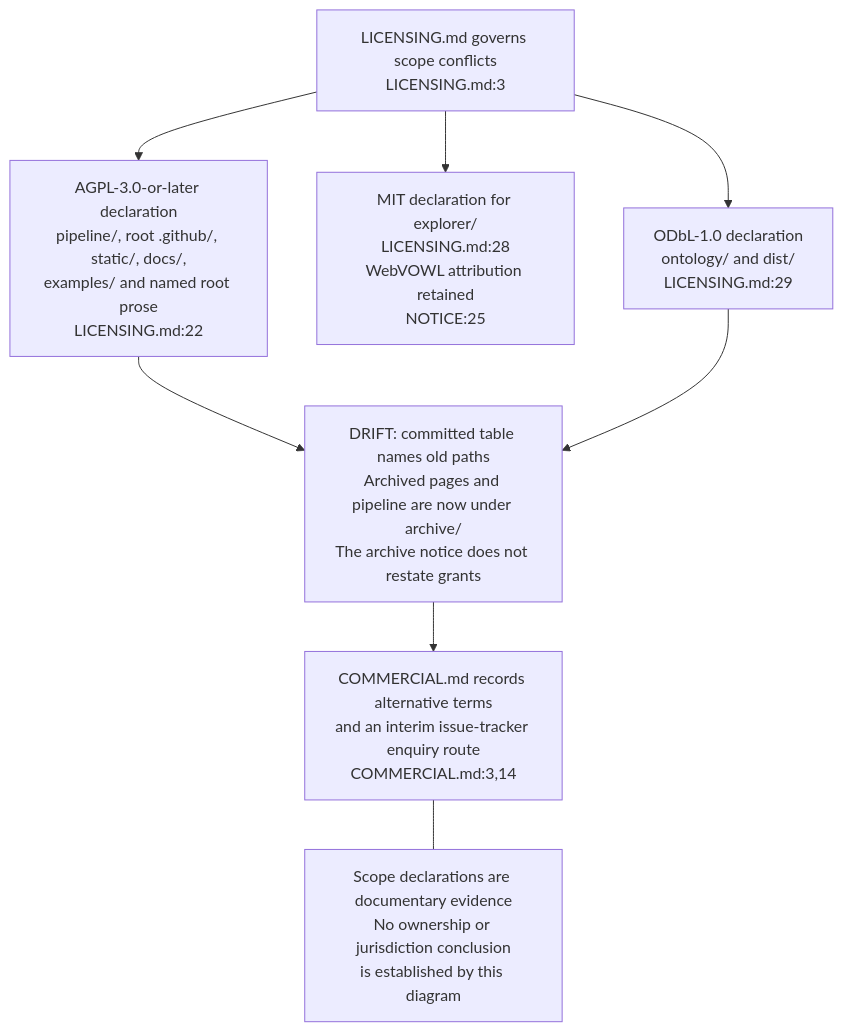
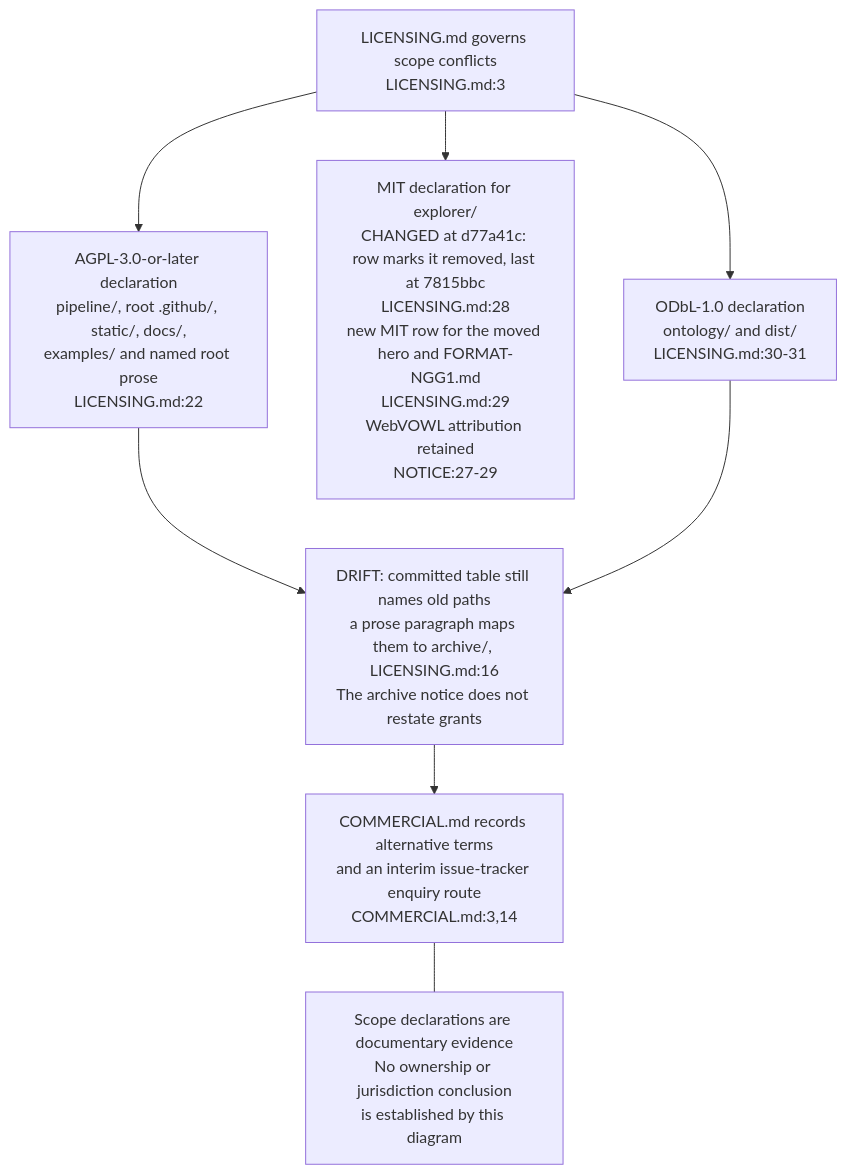
Before and after one commit to DreamLab-AI/VisionFlow: the second of 2 diagrams in docs/diagrams/knowledgegraph/01-repo-composition-and-licensing.md, drawn with Mermaid. The commit also changed other lines of this file and 11 other files, not shown here.

First line of the commit message:
docs(diagrams): visiongraph and knowledgegraph re-verified (explorer on vowl-wasm 0.4.0, knowledgeGraph explorer retired)

````diff
--- a/docs/diagrams/knowledgegraph/01-repo-composition-and-licensing.md
+++ b/docs/diagrams/knowledgegraph/01-repo-composition-and-licensing.md
@@ -54,18 +54,18 @@
 ```mermaid
 flowchart TB
     SCOPE["LICENSING.md governs scope conflicts<br/>LICENSING.md:3"]
     AGPL["AGPL-3.0-or-later declaration<br/>pipeline/, root .github/, static/, docs/,<br/>examples/ and named root prose<br/>LICENSING.md:22"]
-    MIT["MIT declaration for explorer/<br/>LICENSING.md:28<br/>WebVOWL attribution retained<br/>NOTICE:25"]
-    DATA["ODbL-1.0 declaration<br/>ontology/ and dist/<br/>LICENSING.md:29"]
-    GAP["DRIFT: committed table names old paths<br/>Archived pages and pipeline are now under archive/<br/>The archive notice does not restate grants"]
+    MIT["MIT declaration for explorer/<br/>CHANGED at d77a41c: row marks it removed, last at 7815bbc<br/>LICENSING.md:28<br/>new MIT row for the moved hero and FORMAT-NGG1.md<br/>LICENSING.md:29<br/>WebVOWL attribution retained<br/>NOTICE:27-29"]
+    DATA["ODbL-1.0 declaration<br/>ontology/ and dist/<br/>LICENSING.md:30-31"]
+    GAP["DRIFT: committed table still names old paths<br/>a prose paragraph maps them to archive/, LICENSING.md:16<br/>The archive notice does not restate grants"]
     %% knowledgeGraph/archive/logseq-era-2026-09-22/README.md:1
     OFFER["COMMERCIAL.md records alternative terms<br/>and an interim issue-tracker enquiry route<br/>COMMERCIAL.md:3,14"]
     SCOPE --> AGPL
     SCOPE --> MIT
     SCOPE --> DATA
     AGPL --> GAP
     DATA --> GAP
     GAP --> OFFER
     LIMIT["Scope declarations are documentary evidence<br/>No ownership or jurisdiction conclusion<br/>is established by this diagram"]
     OFFER --- LIMIT
 ```
````
